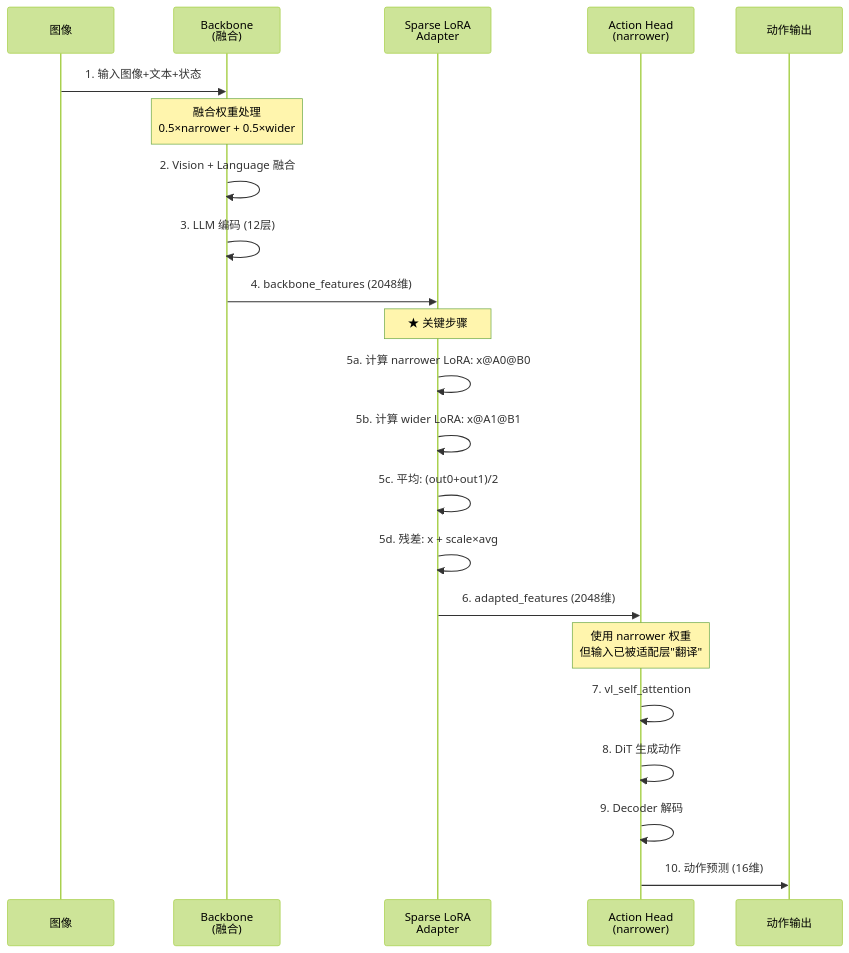
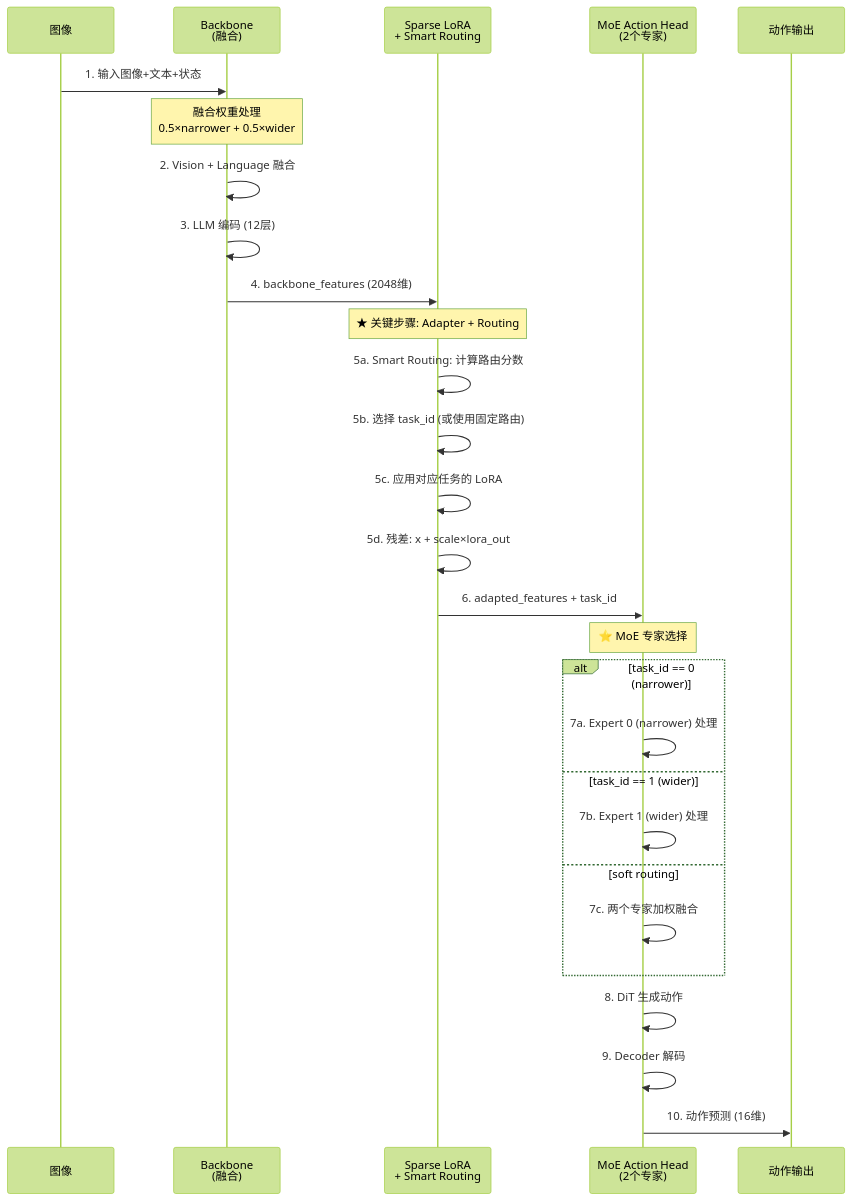
Before and after one commit to KKXiaoKang/humanoid_groot: the fifth of 5 diagrams in docs/MERGEVLA_EXPLANATION.md, drawn with Mermaid (forest theme). The commit also changed other lines of this file and 1 other file, not shown here.

````diff
--- a/docs/MERGEVLA_EXPLANATION.md
+++ b/docs/MERGEVLA_EXPLANATION.md
@@ -290,27 +426,33 @@
 ```mermaid
 sequenceDiagram
     participant IMG as 图像
     participant BB as Backbone<br/>(融合)
-    participant SLA as Sparse LoRA<br/>Adapter
-    participant AH as Action Head<br/>(narrower)
+    participant SLA as Sparse LoRA<br/>+ Smart Routing
+    participant MoE as MoE Action Head<br/>(2个专家)
     participant OUT as 动作输出
 
     IMG->>BB: 1. 输入图像+文本+状态
     Note over BB: 融合权重处理<br/>0.5×narrower + 0.5×wider
     BB->>BB: 2. Vision + Language 融合
     BB->>BB: 3. LLM 编码 (12层)
     BB->>SLA: 4. backbone_features (2048维)
     
-    Note over SLA: ★ 关键步骤
-    SLA->>SLA: 5a. 计算 narrower LoRA: x@A0@B0
-    SLA->>SLA: 5b. 计算 wider LoRA: x@A1@B1
-    SLA->>SLA: 5c. 平均: (out0+out1)/2
-    SLA->>SLA: 5d. 残差: x + scale×avg
-    SLA->>AH: 6. adapted_features (2048维)
+    Note over SLA: ★ 关键步骤: Adapter + Routing
+    SLA->>SLA: 5a. Smart Routing: 计算路由分数
+    SLA->>SLA: 5b. 选择 task_id (或使用固定路由)
+    SLA->>SLA: 5c. 应用对应任务的 LoRA
+    SLA->>SLA: 5d. 残差: x + scale×lora_out
+    SLA->>MoE: 6. adapted_features + task_id
     
-    Note over AH: 使用 narrower 权重<br/>但输入已被适配层"翻译"
-    AH->>AH: 7. vl_self_attention
-    AH->>AH: 8. DiT 生成动作
-    AH->>AH: 9. Decoder 解码
-    AH->>OUT: 10. 动作预测 (16维)
+    Note over MoE: ⭐ MoE 专家选择
+    alt task_id == 0 (narrower)
+        MoE->>MoE: 7a. Expert 0 (narrower) 处理
+    else task_id == 1 (wider)
+        MoE->>MoE: 7b. Expert 1 (wider) 处理
+    else soft routing
+        MoE->>MoE: 7c. 两个专家加权融合
+    end
+    MoE->>MoE: 8. DiT 生成动作
+    MoE->>MoE: 9. Decoder 解码
+    MoE->>OUT: 10. 动作预测 (16维)
 ```
````
